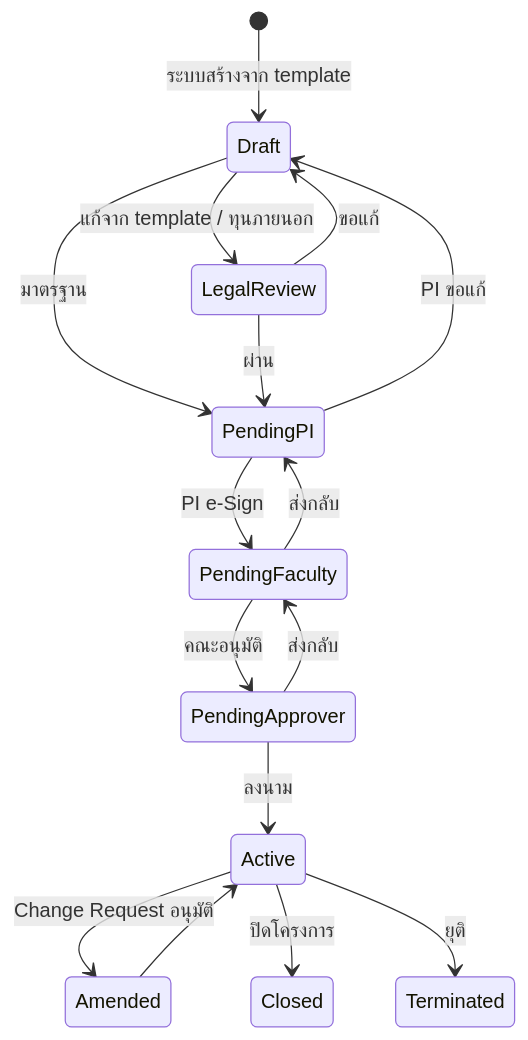
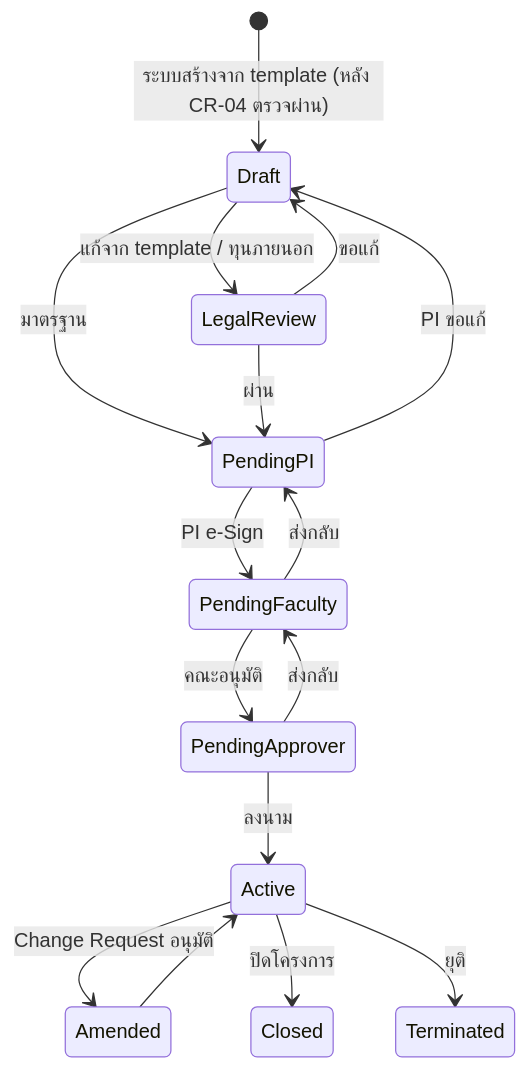
The fourth of 9 diagrams in rms/docs/04-architecture.md (surasak-rit/claude-kit), drawn with Mermaid before and after one commit. The commit also changed other lines of this file and 5 other files, not shown here.

````diff
--- a/rms/docs/04-architecture.md
+++ b/rms/docs/04-architecture.md
@@ -226,18 +242,18 @@
 ```mermaid
 stateDiagram-v2
-  [*] --> Draft: ระบบสร้างจาก template
+  [*] --> Draft: ระบบสร้างจาก template (หลัง CR-04 ตรวจผ่าน)
   Draft --> LegalReview: แก้จาก template / ทุนภายนอก
   Draft --> PendingPI: มาตรฐาน
   LegalReview --> PendingPI: ผ่าน
   LegalReview --> Draft: ขอแก้
   PendingPI --> PendingFaculty: PI e-Sign
   PendingPI --> Draft: PI ขอแก้
   PendingFaculty --> PendingApprover: คณะอนุมัติ
   PendingFaculty --> PendingPI: ส่งกลับ
   PendingApprover --> Active: ลงนาม
   PendingApprover --> PendingFaculty: ส่งกลับ
   Active --> Amended: Change Request อนุมัติ
   Amended --> Active
   Active --> Closed: ปิดโครงการ
   Active --> Terminated: ยุติ
 ```
````
